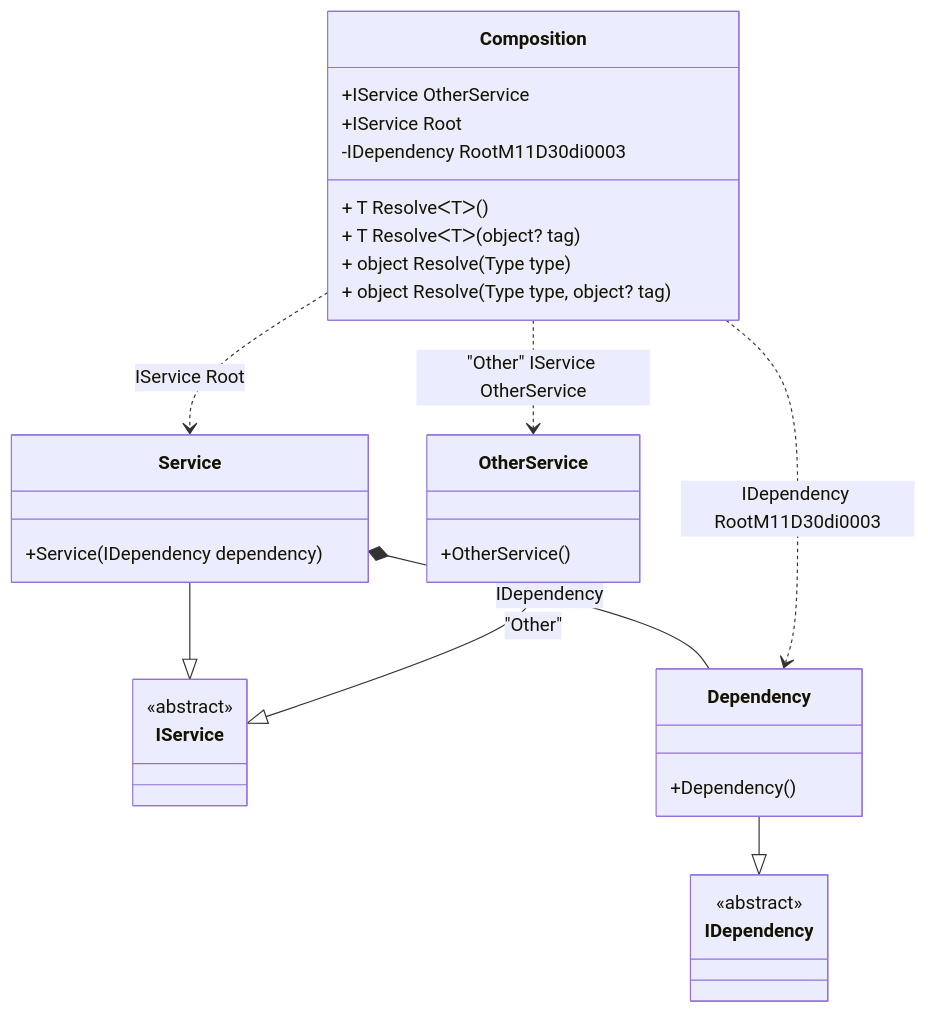
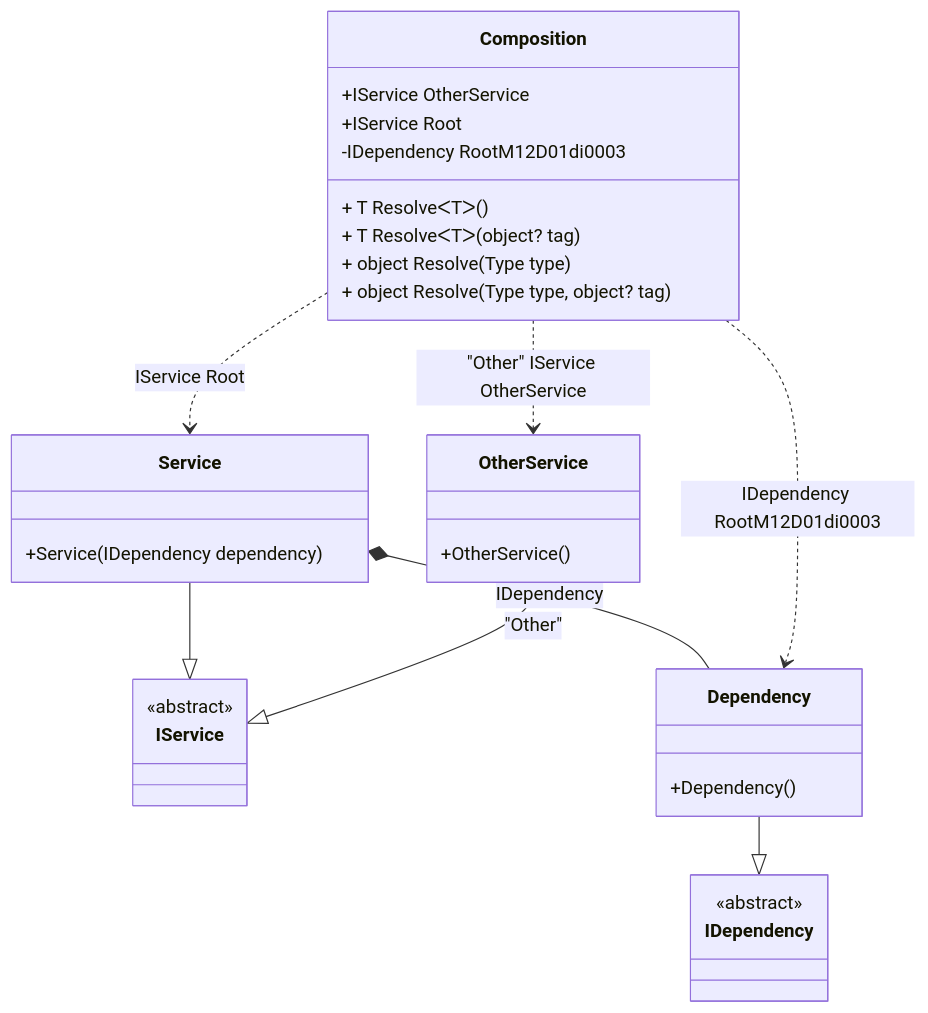
The diagram in readme/composition-roots.md (DevTeam/Pure.DI), drawn with Mermaid before and after one commit. The commit also changed other lines of this file and 72 other files, not shown here.

````diff
--- a/readme/composition-roots.md
+++ b/readme/composition-roots.md
@@ -45,34 +45,34 @@
 ```mermaid
 classDiagram
   class Composition {
     +IService OtherService
     +IService Root
-    -IDependency RootM11D30di0003
+    -IDependency RootM12D01di0003
     + T ResolveᐸTᐳ()
     + T ResolveᐸTᐳ(object? tag)
     + object Resolve(Type type)
     + object Resolve(Type type, object? tag)
   }
   Service --|> IService : 
   class Service {
     +Service(IDependency dependency)
   }
   OtherService --|> IService : "Other" 
   class OtherService {
     +OtherService()
   }
   Dependency --|> IDependency : 
   class Dependency {
     +Dependency()
   }
   class IService {
     <<abstract>>
   }
   class IDependency {
     <<abstract>>
   }
   Service *--  Dependency : IDependency
   Composition ..> Service : IService Root
   Composition ..> OtherService : "Other" IService OtherService
-  Composition ..> Dependency : IDependency RootM11D30di0003
+  Composition ..> Dependency : IDependency RootM12D01di0003
 ```
````
